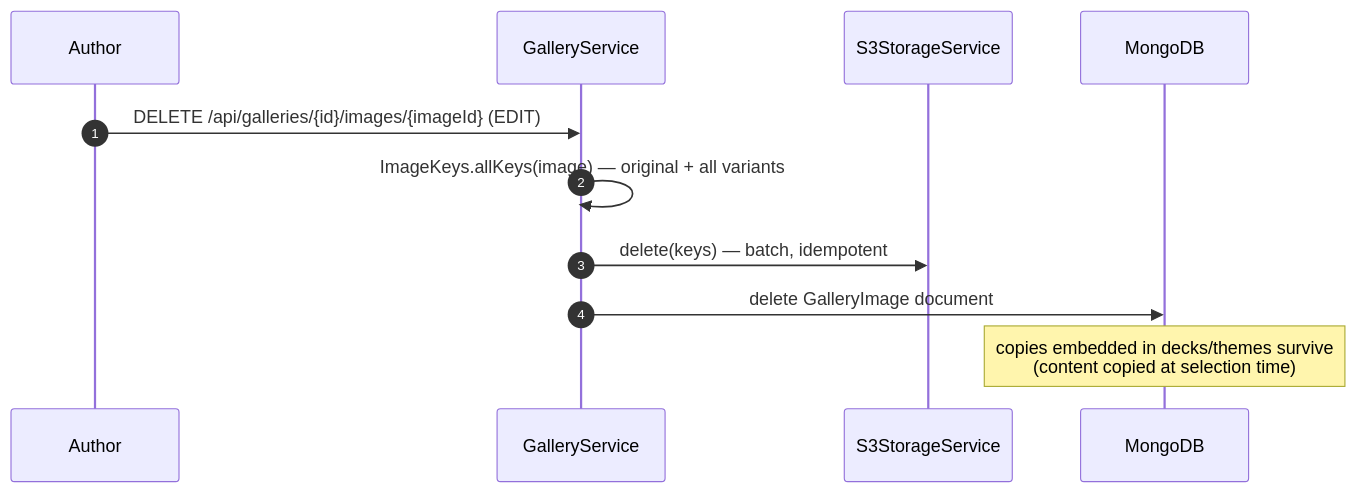
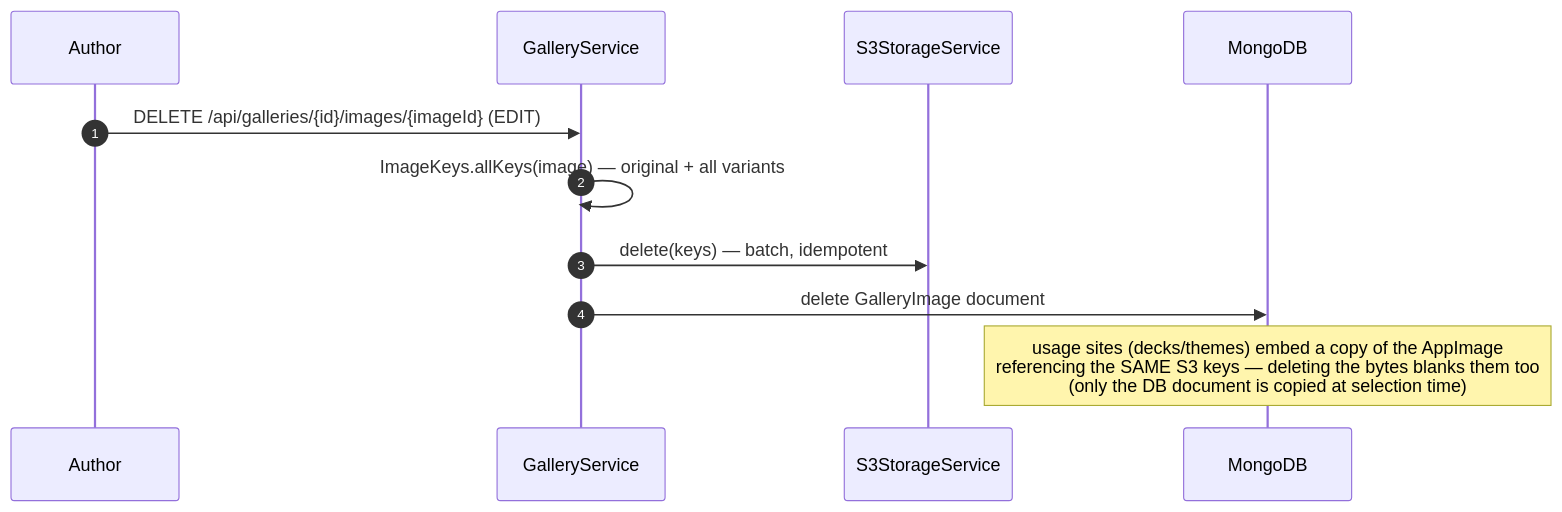
Before and after one commit to Saganaut/ambi: the fourth of 5 diagrams in z-docs/diagrams/media-gallery.md, drawn with Mermaid. The commit also changed other lines of this file and 3 other files, not shown here.

Commit message:
docs(diagrams): correct backend-services, live-session, media-gallery, system-overview

````diff
--- a/z-docs/diagrams/media-gallery.md
+++ b/z-docs/diagrams/media-gallery.md
@@ -92,13 +98,13 @@
 ```mermaid
 sequenceDiagram
     autonumber
     participant U as Author
     participant GS as GalleryService
     participant S3 as S3StorageService
     participant M as MongoDB
     U->>GS: DELETE /api/galleries/{id}/images/{imageId} (EDIT)
     GS->>GS: ImageKeys.allKeys(image) — original + all variants
     GS->>S3: delete(keys) — batch, idempotent
     GS->>M: delete GalleryImage document
-    Note over M: copies embedded in decks/themes survive<br/>(content copied at selection time)
+    Note over M: usage sites (decks/themes) embed a copy of the AppImage<br/>referencing the SAME S3 keys — deleting the bytes blanks them too<br/>(only the DB document is copied at selection time)
 ```
````
